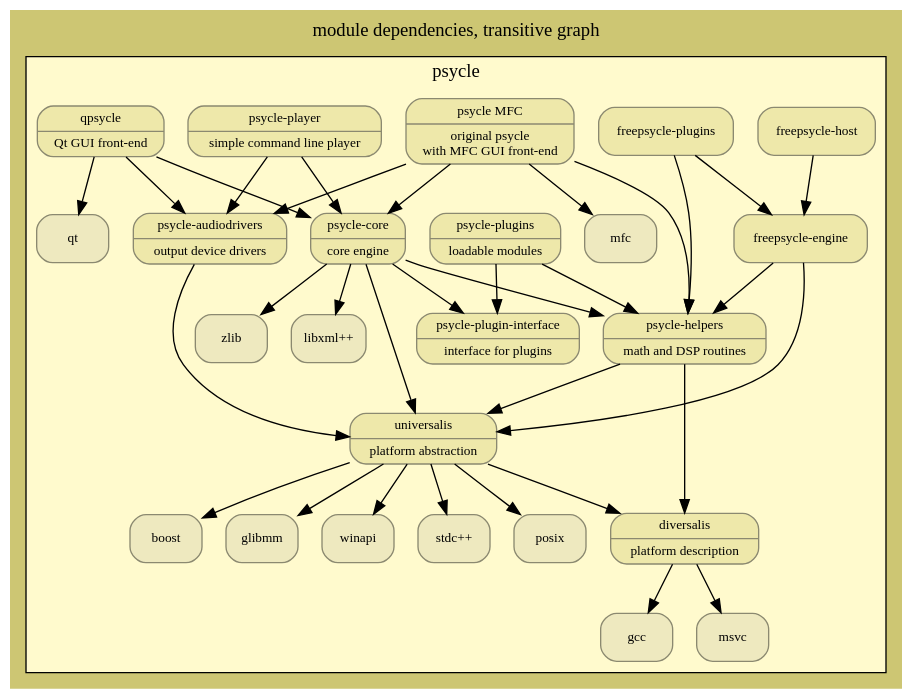
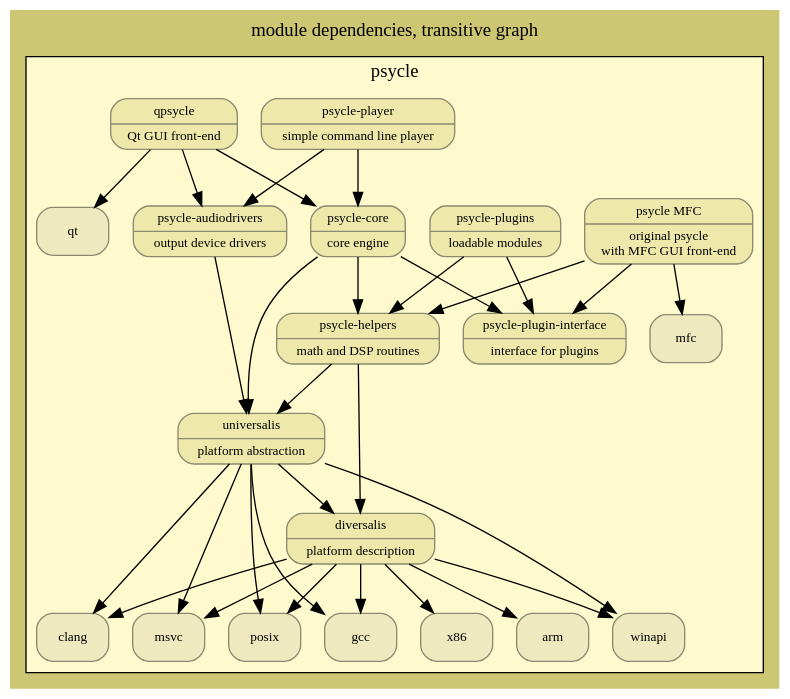
One commit to jpaquim/psycle changed the diagram in dependencies.dot. Above: the diagram before and after it, drawn with Graphviz. The commit also changed 1 other file, not shown here.

Commit message:
updated the dependency graph to reflect the current status with the psycle-core lib

```diff
--- a/dependencies.dot
+++ b/dependencies.dot
@@ -1,145 +1,93 @@
 // generate the .png image file with: dot dependencies.dot -Tpng > dependencies.png
 digraph dependencies {
 	label = "module dependencies, transitive graph"
 	//rankdir = TB
 	//rankdir = LR
 	labelloc = t
 	fontname = verdana
 	fontsize = 14
 	bgcolor = khaki3
 	//concentrate = true // line concentrations
 	ratio = auto
 	node [
 		shape = Mrecord
 		style = rounded
 		color = lemonchiffon4
 		fillcolor = lemonchiffon1
 		fontname = verdana
 		fontsize = 10
 	]
 	
 	subgraph cluster_psycle {
 		label = "psycle"
 		bgcolor = lemonchiffon1
 		
 		node [ style = filled fillcolor = lemonchiffon2 ]
-		"stdc++"// [ label = "{ stdc++ | standard C++ library }" ];
-		//"stdc";
-		"posix";// [ label = "{ POSIX | Portable OS Interface }"];
-		"boost";// [ label = "{ boost | boost libraries }" ];
-		//"libsigc++";// [ label = "{ libsigc++ | signals and slots }" ];
-		"glibmm";// [ label = "{ glibmm | platform abstraction }" ];
-		//"gdkmm" [ label = "{ gdkmm | GUI Drawing Kit }" ];
-		//"gtkmm";// [ label = "{ gtkmm | GUI Tool Kit }" ];
-		//"cairomm";
-		//"gnomecanvasmm";// [ label = "{ gnomecanvasmm | GNOME's canvas }" ];
-		//"pangomm";
-		//"atkmm";
-		"qt";// [ label = "{ Qt | Trolltech's libraries }"];
-		"libxml++";// [ label = "{ libXML++ | XML parsing }"];
-		"zlib";// [ label = "{ zlib | (de)compression }"];
-		"winapi";// [ label = "{ WinAPI | Microsoft's API }"];
-		"mfc";// [ label = "{ MFC | Microsoft's Foundation Classes }" ];
-		"gcc";// [ label = "{GCC | GNU C++ Compiler }" ];
-		"msvc";// [ label = "{ MSVC | Microsoft's Visual C++ compiler }" ];
 
-		//"boost" -> "stdc++";
-		//"glibmm" -> "stdc++";
-		//"glibmm" -> "glib";
-		//"glib" -> "stdc";
-		//"glibmm" -> "libsigc++";
-		//"gdkmm" -> "glibmm";
-		//"gdkmm" -> "stdc++";
-		//"gdkmm" -> "gdk";
-		//"gdk" -> "stdc";
-		//"gdkmm" -> "cairomm";
-		//"gtkmm" -> "pangomm";
-		//"gtkmm" -> "atkmm";
-		//"gtkmm" -> "gdkmm";
-		//"gtkmm" -> "glibmm";
-		//"gtkmm" -> "stdc++";
-		//"gtkmm" -> "gtk";
-		//"gtk" -> "stdc";
-		//"gnomecanvasmm" -> "gtkmm";
-		//"gnomecanvasmm" -> "stdc++";
-		//"gnomecanvasmm" -> "gnomecanvas";
-		//"gnomecanvas" -> "stdc";
-		//"qt" -> "stdc++";
-		//"libxml++" -> "stdc++";
-		//"zlib" -> "stdc";
-		//"mfc" -> "msvc";
+		"gcc";
+		"clang";
+		"msvc";
 		
+		"posix";
+		"winapi";
+
+		"x86";
+		"arm";
+		
+		"qt";
+		"mfc";
+
 		node [ style = filled fillcolor = palegoldenrod ]
 
 		"diversalis" [ label = "{ diversalis | platform description }" ];
 		"diversalis" -> "gcc";
+		"diversalis" -> "clang";
 		"diversalis" -> "msvc";
+		"diversalis" -> "posix";
+		"diversalis" -> "winapi";
+		"diversalis" -> "x86";
+		"diversalis" -> "arm";
 		
 		"universalis" [ label = "{ universalis | platform abstraction }" ];
 		"universalis" -> "diversalis";
-		"universalis" -> "boost";
-		"universalis" -> "glibmm";
+		"universalis" -> "gcc";
+		"universalis" -> "clang";
+		"universalis" -> "msvc";
 		"universalis" -> "posix";
-		"universalis" -> "stdc++";
 		"universalis" -> "winapi";
 		
 		"psycle-helpers" [ label = "{ psycle-helpers | math and DSP routines }" ];
 		"psycle-helpers" -> "universalis";
 		"psycle-helpers" -> "diversalis";
 	
 		"psycle-plugin-interface" [label = "{psycle-plugin-interface | interface for plugins }"];
 	
 		"psycle-core" [ label = "{ psycle-core | core engine }" ];
 		"psycle-core" -> "psycle-plugin-interface";
 		"psycle-core" -> "psycle-helpers";
 		"psycle-core" -> "universalis";
-		//"psycle-core" -> "boost";
-		"psycle-core" -> "zlib";
-		"psycle-core" -> "libxml++";
 	
 		"psycle-audiodrivers" [ label = "{ psycle-audiodrivers | output device drivers }"];
 		"psycle-audiodrivers" -> "universalis";
-		//"psycle-audiodrivers" -> "boost";
 	
 		"psycle-player" [ label = "{ psycle-player | simple command line player }"];
 		"psycle-player" -> "psycle-core";
 		"psycle-player" -> "psycle-audiodrivers";
-		//"psycle-player" -> "libxml++";
 	
 		"psycle-plugins" [ label = "{ psycle-plugins | loadable modules }"];
 		"psycle-plugins" -> "psycle-plugin-interface";
 		"psycle-plugins" -> "psycle-helpers";
 
 		"qpsycle" [ label = "{ qpsycle | Qt GUI front-end }" ];
 		"qpsycle" -> "qt";
 		"qpsycle" -> "psycle-core";
 		"qpsycle" -> "psycle-audiodrivers";
-		//"qpsycle" -> "universalis";
-		//"qpsycle" -> "boost";
 
 		"psycle-mfc" [ label = "{ psycle MFC | original psycle\nwith MFC GUI front-end }" ];
 		"psycle-mfc" -> "mfc";
-		"psycle-mfc" -> "psycle-core";
-		"psycle-mfc" -> "psycle-audiodrivers";
 		"psycle-mfc" -> "psycle-helpers";
-		//"psycle-mfc" -> "universalis";
-		//"psycle-mfc" -> "boost";
-		
-		"freepsycle-engine" -> "universalis";
-		//"freepsycle-engine" -> "boost";
-		"freepsycle-engine" -> "psycle-helpers";
-		"freepsycle-plugins" -> "freepsycle-engine";
-		//"freepsycle-plugins" -> "universalis";
-		//"freepsycle-plugins" -> "boost";
-		"freepsycle-plugins" -> "psycle-helpers";
-		"freepsycle-host" -> "freepsycle-engine";
-		//"freepsycle-gui" -> "freepsycle-engine";
-		//"freepsycle-gui" -> "freepsycle-host";
-		//"freepsycle-gui" -> "universalis";
-		//"freepsycle-gui" -> "boost" ;
-		//"freepsycle-gui" -> "glibmm";
-		//"freepsycle-gui" -> "gtkmm";
-		//"freepsycle-gui" -> "gnomecanvasmm";
-		//"freepsycle-gui" -> "libsigc++";
+		"psycle-mfc" -> "psycle-plugin-interface";
+		//"psycle-mfc" -> "psycle-core";
+		//"psycle-mfc" -> "psycle-audiodrivers";
 	}
 }
```
